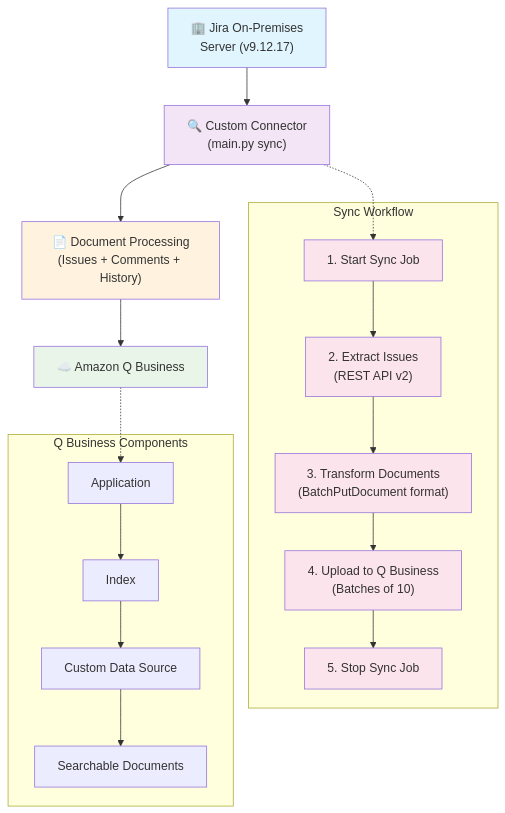
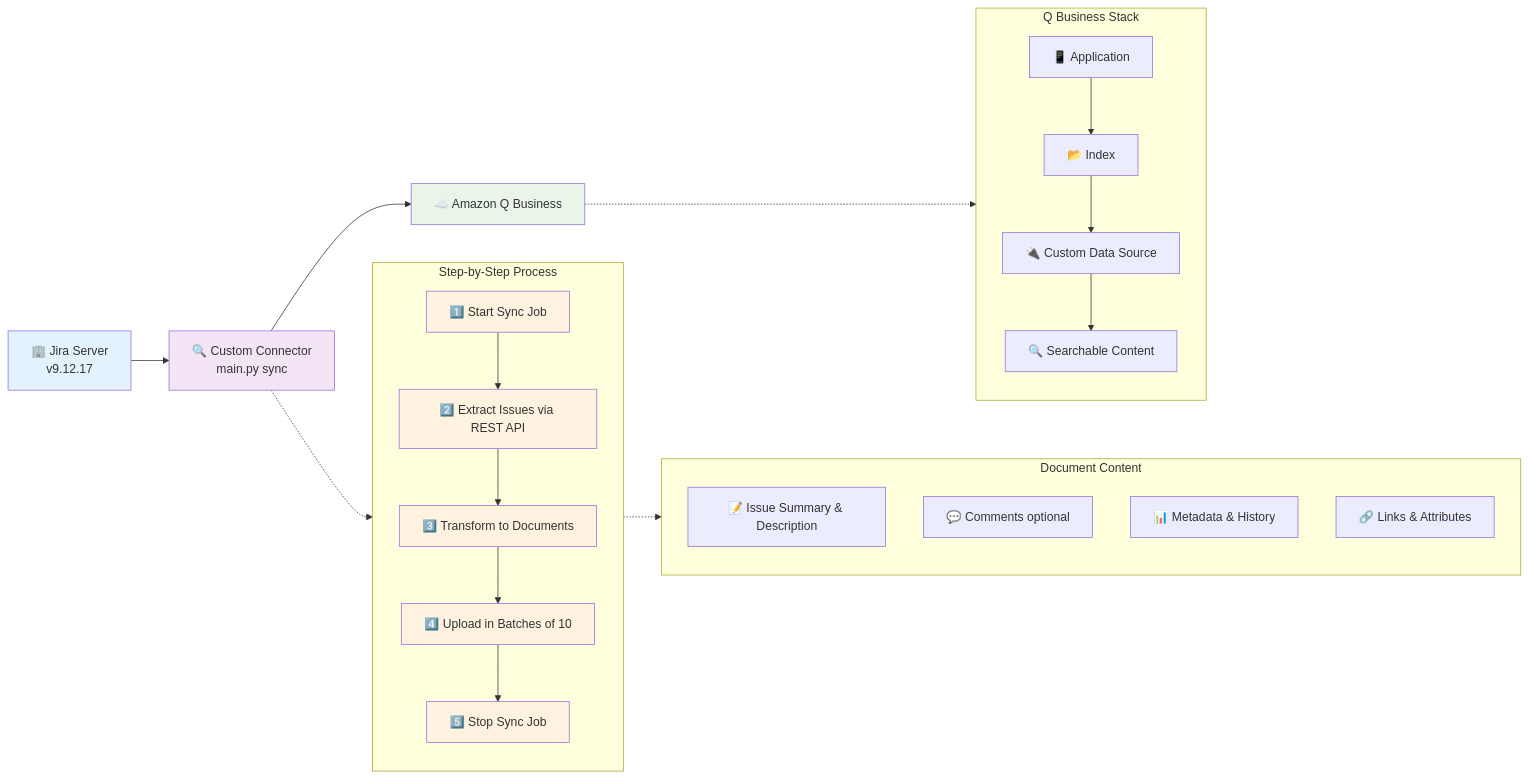
The diagram in README.md (kpx-dev/q-business-jira-on-prem-connector), drawn with Mermaid before and after one commit. The commit also changed other lines of this file, not shown here.

Commit message:
📊 Improve data flow diagram readability - Changed from TB to LR layout for cleaner horizontal flow - Added numbered emojis for clearer step identification - Organized into logical subgraphs: Process, Content, Q Business Stack - Simplified labels and removed excessive text clutter - Improved explanation with clearer sections and better formatting - Enhanced visual hierarchy and spacing for better comprehension

````diff
--- a/README.md
+++ b/README.md
@@ -7,32 +7,52 @@
 ```mermaid
-graph TB
-    A["🏢 Jira On-Premises<br/>Server (v9.12.17)"] --> B["🔍 Custom Connector<br/>(main.py sync)"]
-    B --> C["📄 Document Processing<br/>(Issues + Comments + History)"]
-    C --> D["☁️ Amazon Q Business"]
+graph LR
+    A[🏢 Jira Server<br/>v9.12.17] --> B[🔍 Custom Connector<br/>main.py sync]
+    B --> C[☁️ Amazon Q Business]
     
-    subgraph "Sync Workflow"
-        B1["1. Start Sync Job"] --> B2["2. Extract Issues<br/>(REST API v2)"]
-        B2 --> B3["3. Transform Documents<br/>(BatchPutDocument format)"]
-        B3 --> B4["4. Upload to Q Business<br/>(Batches of 10)"]
-        B4 --> B5["5. Stop Sync Job"]
+    subgraph "Step-by-Step Process"
+        direction TB
+        S1[1️⃣ Start Sync Job]
+        S2[2️⃣ Extract Issues via REST API]
+        S3[3️⃣ Transform to Documents]
+        S4[4️⃣ Upload in Batches of 10]
+        S5[5️⃣ Stop Sync Job]
+        
+        S1 --> S2
+        S2 --> S3
+        S3 --> S4
+        S4 --> S5
     end
     
-    subgraph "Q Business Components"
-        D1["Application"] --> D2["Index"]
-        D2 --> D3["Custom Data Source"]
-        D3 --> D4["Searchable Documents"]
+    subgraph "Document Content"
+        direction TB
+        D1[📝 Issue Summary & Description]
+        D2[💬 Comments optional]
+        D3[📊 Metadata & History]
+        D4[🔗 Links & Attributes]
     end
     
-    B -.-> B1
-    D -.-> D1
+    subgraph "Q Business Stack"
+        direction TB
+        Q1[📱 Application]
+        Q2[📂 Index]
+        Q3[🔌 Custom Data Source]
+        Q4[🔍 Searchable Content]
+        
+        Q1 --> Q2
+        Q2 --> Q3
+        Q3 --> Q4
+    end
     
-    style A fill:#e1f5fe
+    B -.-> S1
+    S3 -.-> D1
+    C -.-> Q1
+    
+    style A fill:#e3f2fd
     style B fill:#f3e5f5
-    style C fill:#fff3e0
-    style D fill:#e8f5e8
-    style B1 fill:#fce4ec
-    style B2 fill:#fce4ec
-    style B3 fill:#fce4ec
-    style B4 fill:#fce4ec
-    style B5 fill:#fce4ec
+    style C fill:#e8f5e8
+    style S1 fill:#fff3e0
+    style S2 fill:#fff3e0
+    style S3 fill:#fff3e0
+    style S4 fill:#fff3e0
+    style S5 fill:#fff3e0
 ```
````
